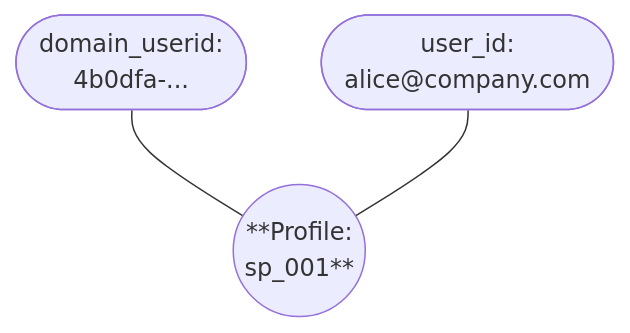
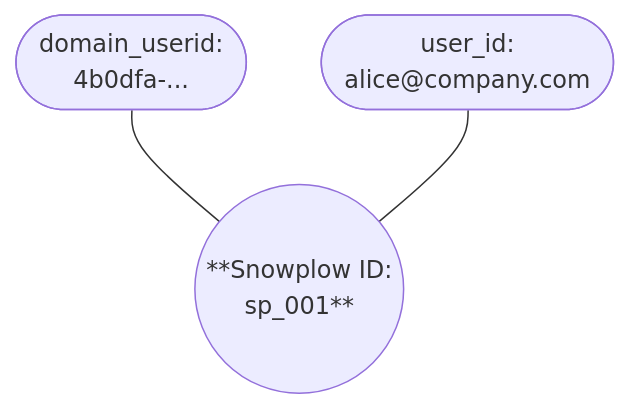
Before and after one commit to snowplow/documentation: the second of 2 diagrams in docs/identities/concepts/index.md, drawn with Mermaid. The commit also changed other lines of this file and 7 other files, not shown here.

````diff
--- a/docs/identities/concepts/index.md
+++ b/docs/identities/concepts/index.md
@@ -63,9 +63,9 @@
 ```mermaid
 graph TD
     A(["domain_userid:<br/>4b0dfa-..."])
     B(["user_id:<br/>alice@company.com"])
-    C(("**Profile:<br/>sp_001**"))
+    C(("**Snowplow ID:<br/>sp_001**"))
 
     A --- C
     B --- C
 ```
````
